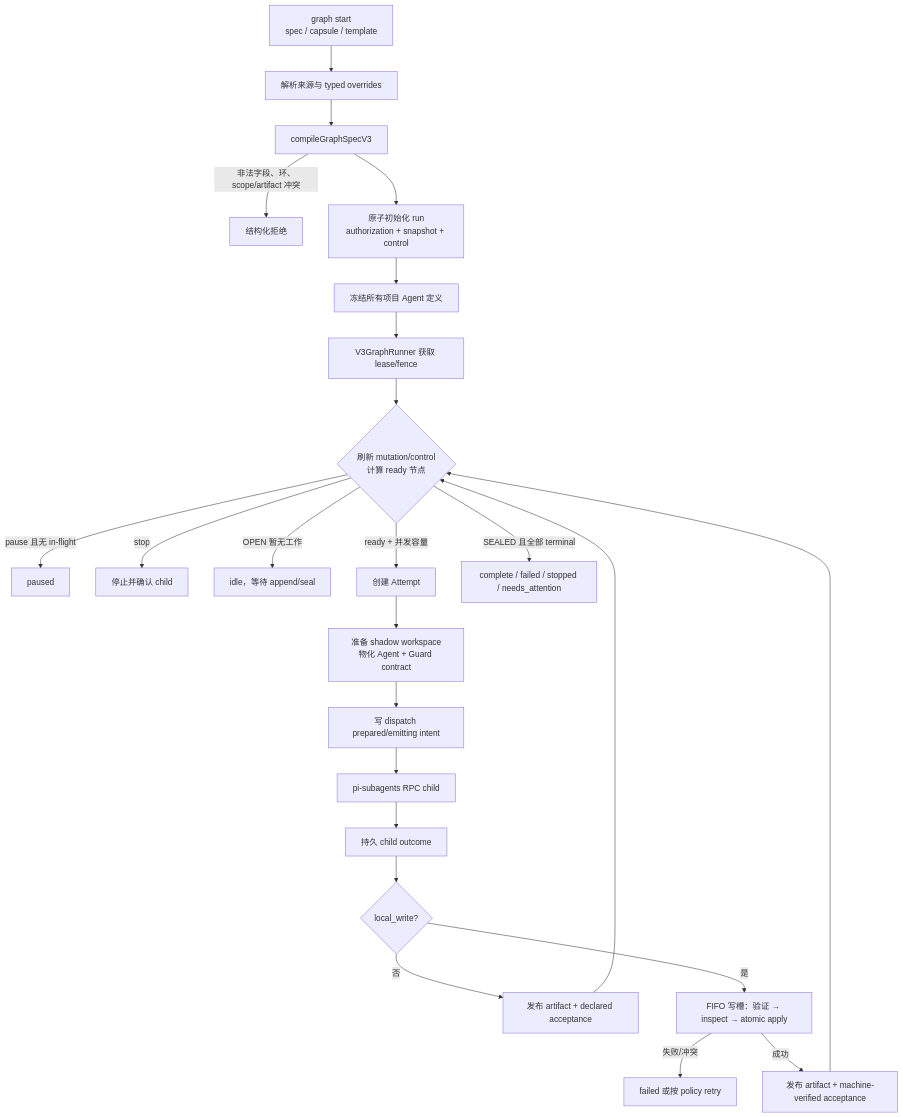
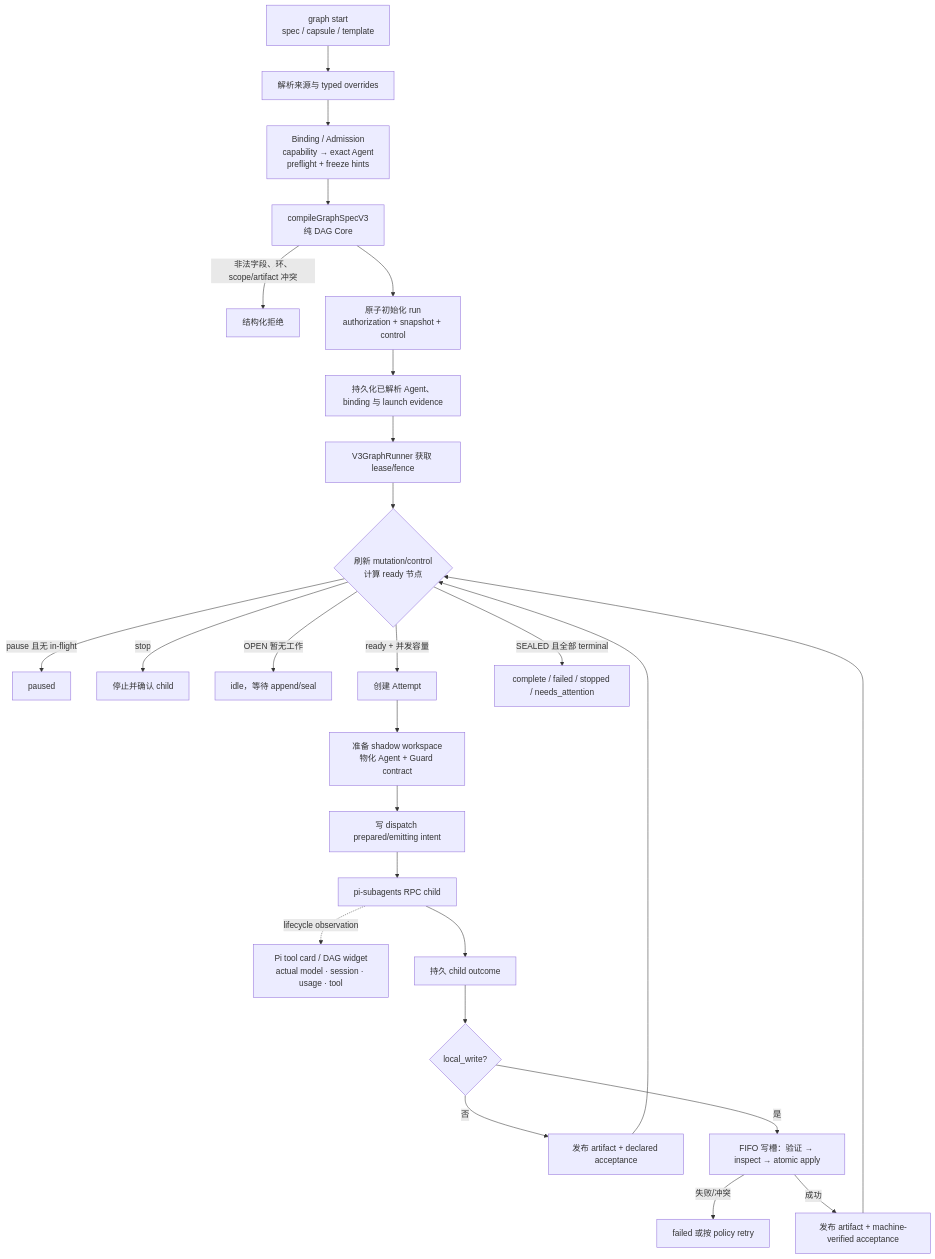
Before and after one commit to HeathHe/pi-graph: the first of 4 diagrams in docs/graph-architecture.md, drawn with Mermaid. The commit also changed other lines of this file and 166 other files, not shown here.

First line of the commit message:
feat: own graph runtime and prepare npm 0.2.0 release

````diff
--- a/docs/graph-architecture.md
+++ b/docs/graph-architecture.md
@@ -47,26 +53,28 @@
 ```mermaid
 flowchart TD
   A["graph start<br/>spec / capsule / template"] --> B["解析来源与 typed overrides"]
-  B --> C["compileGraphSpecV3"]
+  B --> BA["Binding / Admission<br/>capability → exact Agent<br/>preflight + freeze hints"]
+  BA --> C["compileGraphSpecV3<br/>纯 DAG Core"]
   C -->|非法字段、环、scope/artifact 冲突| X["结构化拒绝"]
   C --> D["原子初始化 run<br/>authorization + snapshot + control"]
-  D --> E["冻结所有项目 Agent 定义"]
+  D --> E["持久化已解析 Agent、binding 与 launch evidence"]
   E --> F["V3GraphRunner 获取 lease/fence"]
   F --> G{"刷新 mutation/control<br/>计算 ready 节点"}
   G -->|pause 且无 in-flight| P["paused"]
   G -->|stop| S["停止并确认 child"]
   G -->|OPEN 暂无工作| I["idle，等待 append/seal"]
   G -->|ready + 并发容量| H["创建 Attempt"]
   H --> W["准备 shadow workspace<br/>物化 Agent + Guard contract"]
   W --> Q["写 dispatch prepared/emitting intent"]
   Q --> R["pi-subagents RPC child"]
+  R -. lifecycle observation .-> O["Pi tool card / DAG widget<br/>actual model · session · usage · tool"]
   R --> V["持久 child outcome"]
   V --> K{"local_write?"}
   K -->|否| A1["发布 artifact + declared acceptance"]
   K -->|是| L["FIFO 写槽：验证 → inspect → atomic apply"]
   L -->|失败/冲突| F1["failed 或按 policy retry"]
   L -->|成功| A2["发布 artifact + machine-verified acceptance"]
   A1 --> G
   A2 --> G
   G -->|SEALED 且全部 terminal| Z["complete / failed / stopped / needs_attention"]
 ```
````
